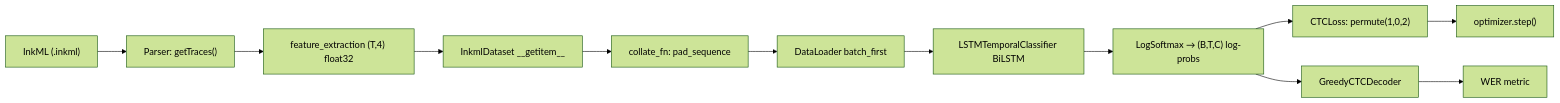
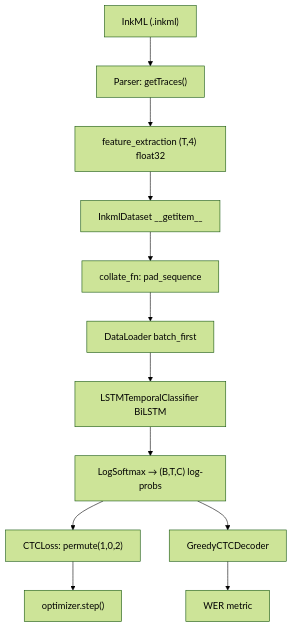
The diagram in AI/Master_Exam_Cheatsheet.md (w4se05/4fkingyears), drawn with Mermaid (forest theme) before and after one commit. The commit also changed 5 other files, not shown here.

````diff
--- a/AI/Master_Exam_Cheatsheet.md
+++ b/AI/Master_Exam_Cheatsheet.md
@@ -1039,14 +1039,14 @@
 ```mermaid
-graph LR
+graph TD
     A["InkML (.inkml)"] --> B["Parser: getTraces()"]
     B --> C["feature_extraction (T,4) float32"]
     C --> D["InkmlDataset __getitem__"]
     D --> E["collate_fn: pad_sequence"]
     E --> F["DataLoader batch_first"]
     F --> G["LSTMTemporalClassifier BiLSTM"]
     G --> H["LogSoftmax → (B,T,C) log-probs"]
     H --> I["CTCLoss: permute(1,0,2)"]
     I --> J["optimizer.step()"]
     H --> K["GreedyCTCDecoder"]
     K --> L["WER metric"]
 ```
````
